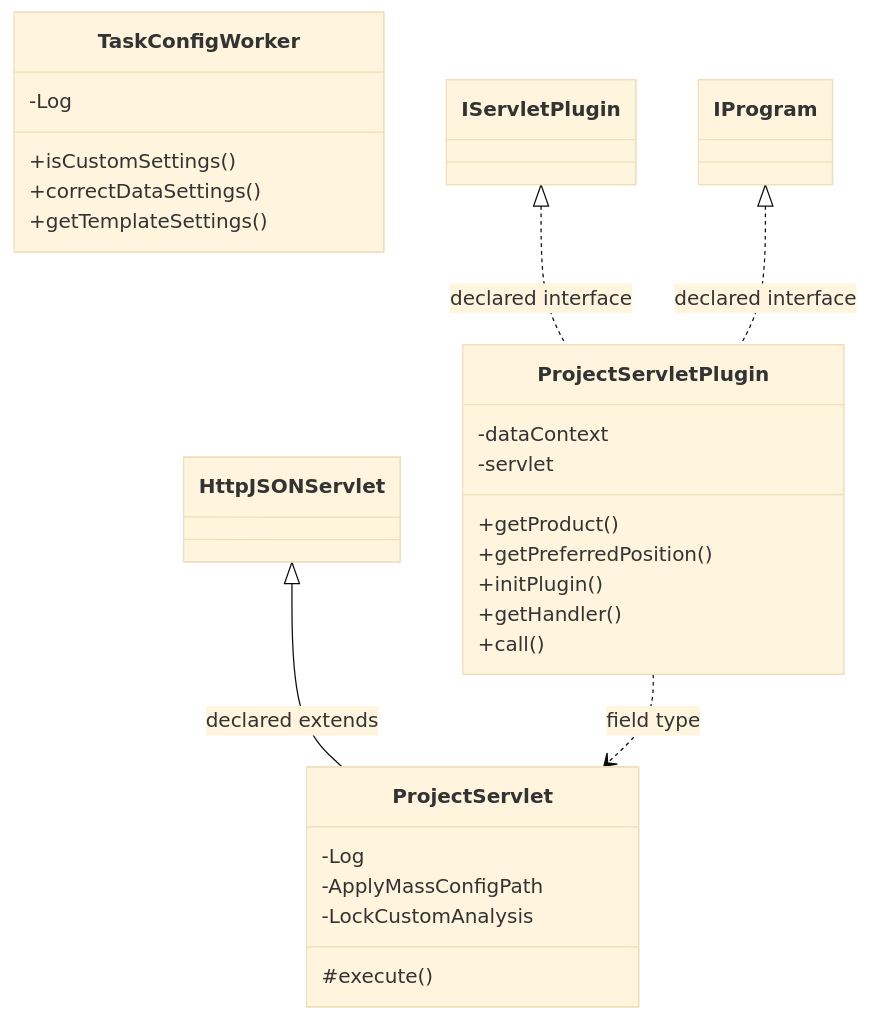
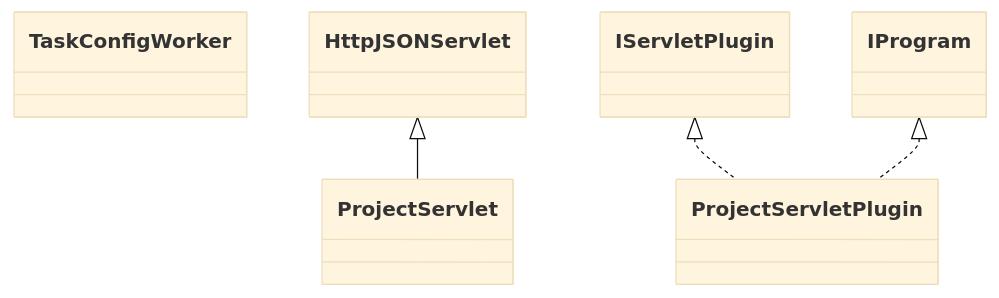
Before and after one commit to haruperi/HaruQuantAI: the diagram in docs/sqx/CustomProjects/ServletProject.md, drawn with Mermaid (base theme). The commit also changed other lines of this file and 1688 other files, not shown here.

````diff
--- a/docs/sqx/CustomProjects/ServletProject.md
+++ b/docs/sqx/CustomProjects/ServletProject.md
@@ -30,31 +26,12 @@
 ```mermaid
 classDiagram
-    class Cbd242b69c7f2["ProjectServlet"] {
-        -Log
-        -ApplyMassConfigPath
-        -LockCustomAnalysis
-        #execute()
-    }
-    class Cf7d433d4af2e["ProjectServletPlugin"] {
-        -dataContext
-        -servlet
-        +getProduct()
-        +getPreferredPosition()
-        +initPlugin()
-        +getHandler()
-        +call()
-    }
-    class Cdfaf8a4d4638["TaskConfigWorker"] {
-        -Log
-        +isCustomSettings()
-        +correctDataSettings()
-        +getTemplateSettings()
-    }
-    class C1b6b4448b67b["IProgram"]
-    class C249b5c671b1a["IServletPlugin"]
-    class C8900f90ae594["HttpJSONServlet"]
-    C8900f90ae594 <|-- Cbd242b69c7f2 : declared extends
-    C249b5c671b1a <|.. Cf7d433d4af2e : declared interface
-    C1b6b4448b67b <|.. Cf7d433d4af2e : declared interface
-    Cf7d433d4af2e ..> Cbd242b69c7f2 : field type
+    class C0["ProjectServlet"]
+    class C1["ProjectServletPlugin"]
+    class C2["TaskConfigWorker"]
+    class E0["HttpJSONServlet"]
+    E0 <|-- C0
+    class E1["IServletPlugin"]
+    E1 <|.. C1
+    class E2["IProgram"]
+    E2 <|.. C1
 ```
````
